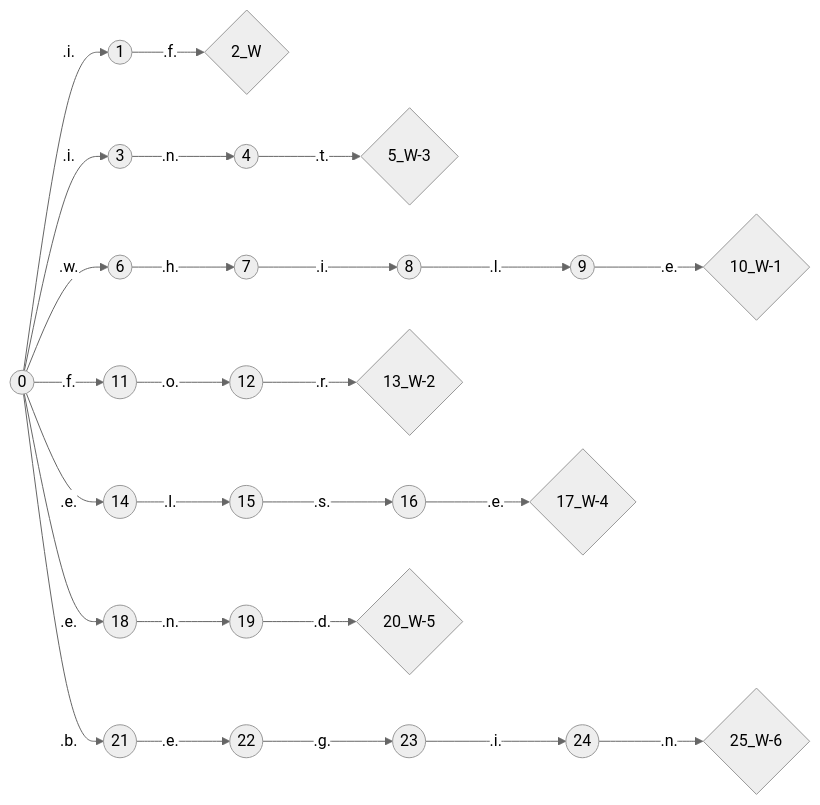
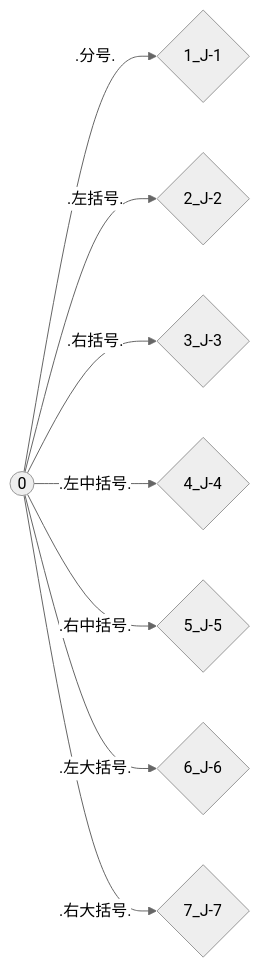
One commit to Lxy417165709/translater changed the first of 3 diagrams in doc/gen/LexicalDisplayDocument.md. Above: the diagram before and after it, drawn with Mermaid (neutral theme). The commit also changed other lines of this file and 31 other files, not shown here.

Commit message:
实现词法的图表展示，并在此基础上，为词法分析器加入识别简单字符串的功能

````diff
--- a/doc/gen/LexicalDisplayDocument.md
+++ b/doc/gen/LexicalDisplayDocument.md
@@ -17,28 +20,10 @@
 ```mermaid
 graph LR
-id:1((1)) -- .f. --> id:2{2_W}
-id:0((0)) -- .i. --> id:1((1))
-id:4((4)) -- .t. --> id:5{5_W-3}
-id:3((3)) -- .n. --> id:4((4))
-id:0((0)) -- .i. --> id:3((3))
-id:9((9)) -- .e. --> id:10{10_W-1}
-id:8((8)) -- .l. --> id:9((9))
-id:7((7)) -- .i. --> id:8((8))
-id:6((6)) -- .h. --> id:7((7))
-id:0((0)) -- .w. --> id:6((6))
-id:12((12)) -- .r. --> id:13{13_W-2}
-id:11((11)) -- .o. --> id:12((12))
-id:0((0)) -- .f. --> id:11((11))
-id:16((16)) -- .e. --> id:17{17_W-4}
-id:15((15)) -- .s. --> id:16((16))
-id:14((14)) -- .l. --> id:15((15))
-id:0((0)) -- .e. --> id:14((14))
-id:19((19)) -- .d. --> id:20{20_W-5}
-id:18((18)) -- .n. --> id:19((19))
-id:0((0)) -- .e. --> id:18((18))
-id:24((24)) -- .n. --> id:25{25_W-6}
-id:23((23)) -- .i. --> id:24((24))
-id:22((22)) -- .g. --> id:23((23))
-id:21((21)) -- .e. --> id:22((22))
-id:0((0)) -- .b. --> id:21((21))
+id:0((0)) -- .分号. --> id:1{1_J-1}
+id:0((0)) -- .左括号. --> id:2{2_J-2}
+id:0((0)) -- .右括号. --> id:3{3_J-3}
+id:0((0)) -- .左中括号. --> id:4{4_J-4}
+id:0((0)) -- .右中括号. --> id:5{5_J-5}
+id:0((0)) -- .左大括号. --> id:6{6_J-6}
+id:0((0)) -- .右大括号. --> id:7{7_J-7}
 ```
````
